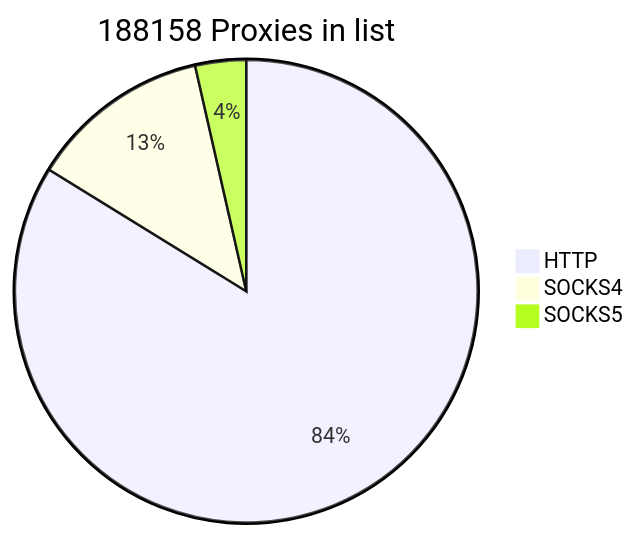
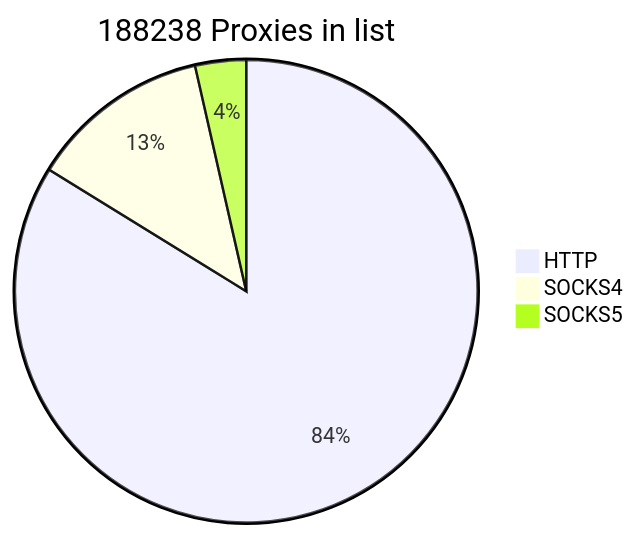
One commit to cutipu/proxylist changed the first of 2 diagrams in README.md. Above: the diagram before and after it, drawn with Mermaid. The commit also changed other lines of this file, not shown here.

````diff
--- a/README.md
+++ b/README.md
@@ -2,7 +2,7 @@
 ```mermaid
-pie title 188158 Proxies in list
-    "HTTP" : 157656
-    "SOCKS4" : 23820
-    "SOCKS5" : 6682
+pie title 188238 Proxies in list
+    "HTTP" : 157734
+    "SOCKS4" : 23810
+    "SOCKS5" : 6694
             
 ```
````
